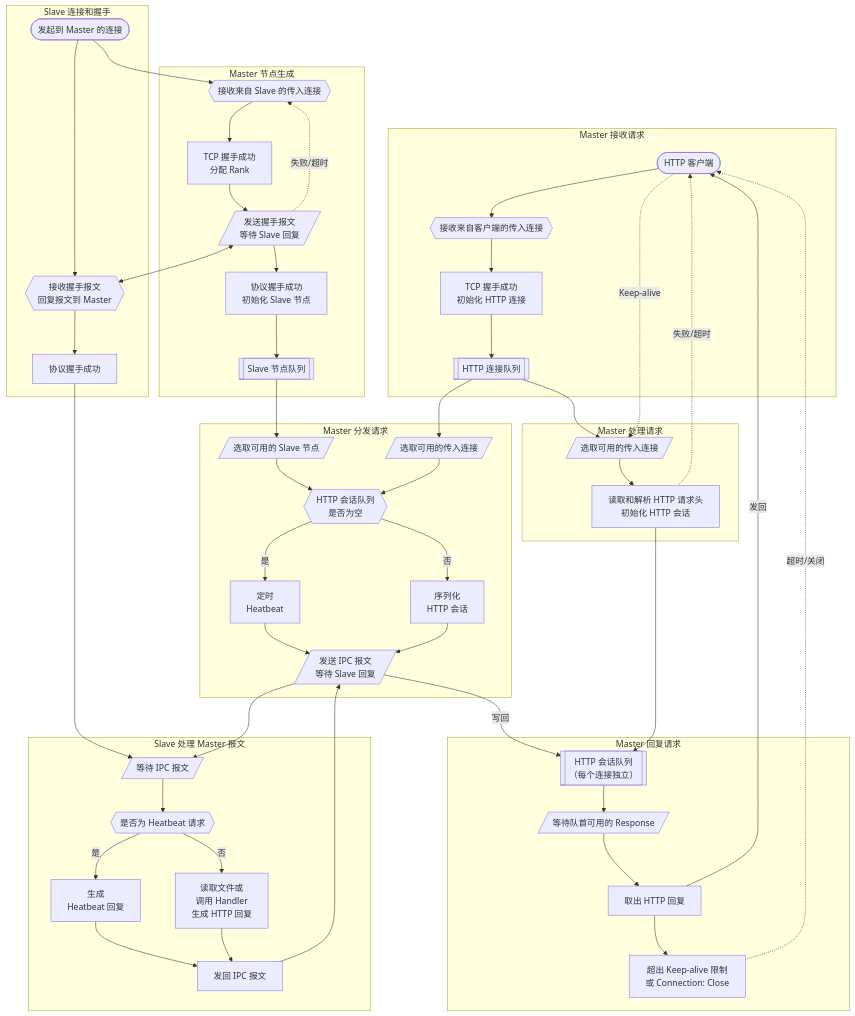
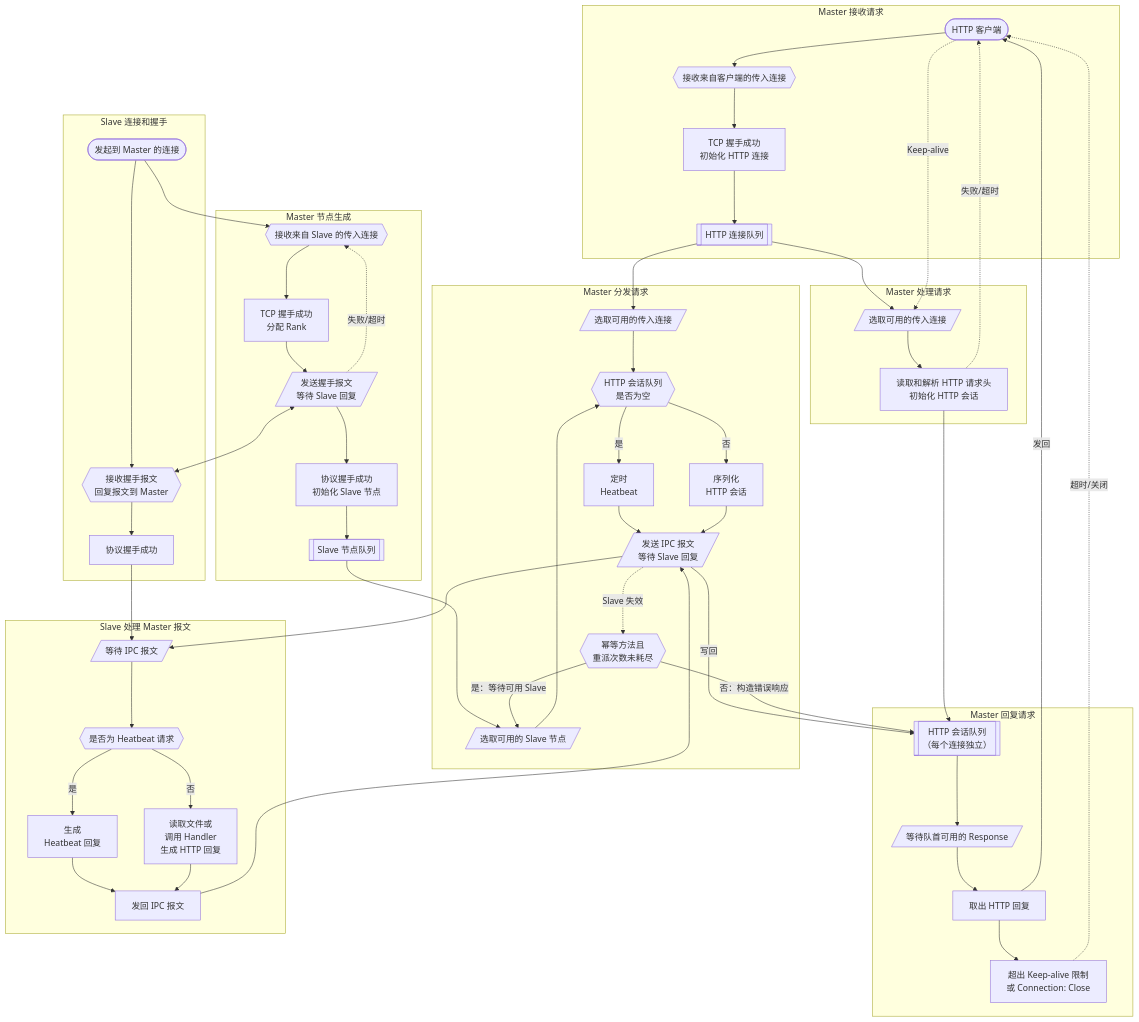
The second of 2 diagrams in NETUTILS.md (covscript/covscript-network), drawn with Mermaid before and after one commit. The commit also changed other lines of this file and 15 other files, not shown here.

```diff
--- a/NETUTILS.md
+++ b/NETUTILS.md
@@ -508,6 +510,10 @@
         E6[/发送 IPC 报文
         等待 Slave 回复/]
         E6 -- 写回 --> X3
+        E6 -. Slave 失效 .-> E7{{幂等方法且
+        重派次数未耗尽}}
+        E7 -- 是：等待可用 Slave --> E1
+        E7 -- 否：构造错误响应 --> X3
         C2 --> X3
     end
 
```
